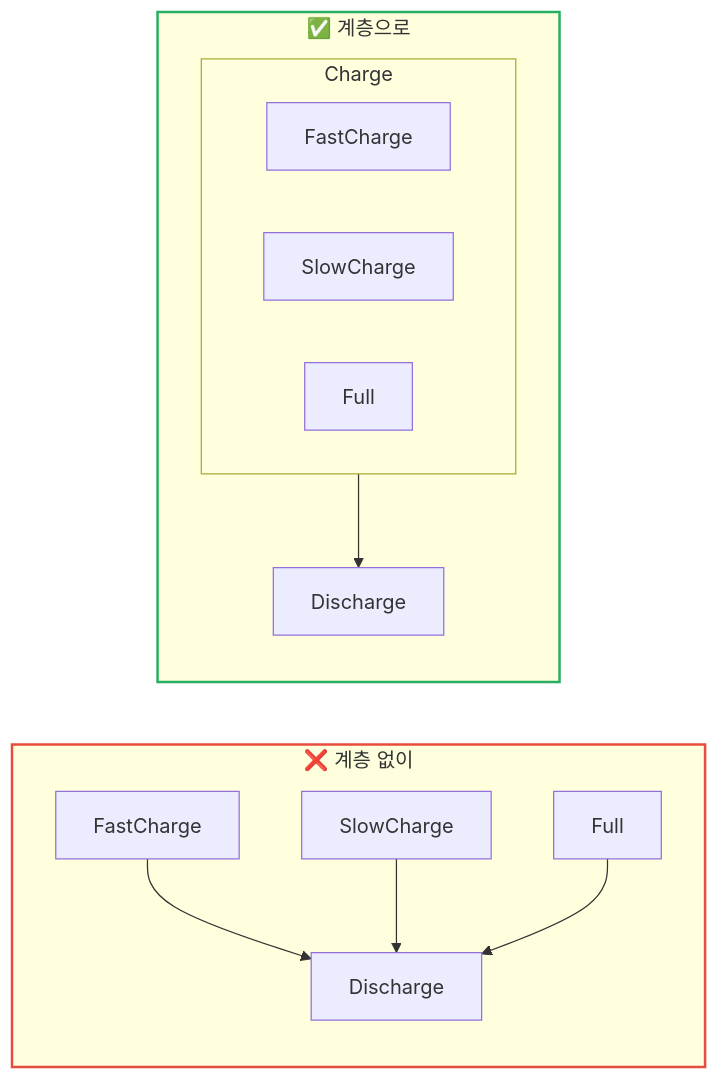
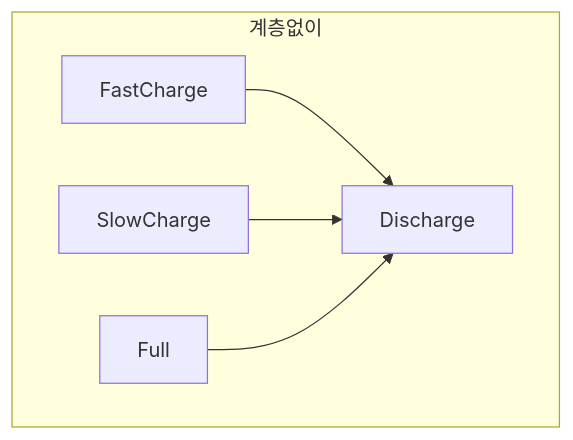
The second of 3 diagrams in _posts/2026-07-14-04-hierarchy.md (genie4youu/genie4youu.github.io), drawn with Mermaid before and after one commit. The commit also changed other lines of this file and 13 other files, not shown here.

First line of the commit message:
﻿전면 손질: 제목 변경, AI 티 나는 표현 제거, 다이어그램 재작성

````diff
--- a/_posts/2026-07-14-04-hierarchy.md
+++ b/_posts/2026-07-14-04-hierarchy.md
@@ -102,21 +71,8 @@
 ```mermaid
-flowchart LR
-    subgraph N["❌ 계층 없이"]
-        direction TB
-        F1["FastCharge"] --> D1["Discharge"]
-        S1["SlowCharge"] --> D1
-        U1["Full"] --> D1
+flowchart TB
+    subgraph 계층없이
+        F1[FastCharge] --> D1[Discharge]
+        S1[SlowCharge] --> D1
+        U1[Full] --> D1
     end
-    subgraph Y["✅ 계층으로"]
-        direction TB
-        subgraph C2["Charge"]
-            F2["FastCharge"]
-            S2["SlowCharge"]
-            U2["Full"]
-        end
-        C2 --> D2["Discharge"]
-    end
-
-    style N stroke:#e74c3c,stroke-width:2px
-    style Y stroke:#27ae60,stroke-width:2px
 ```
````
